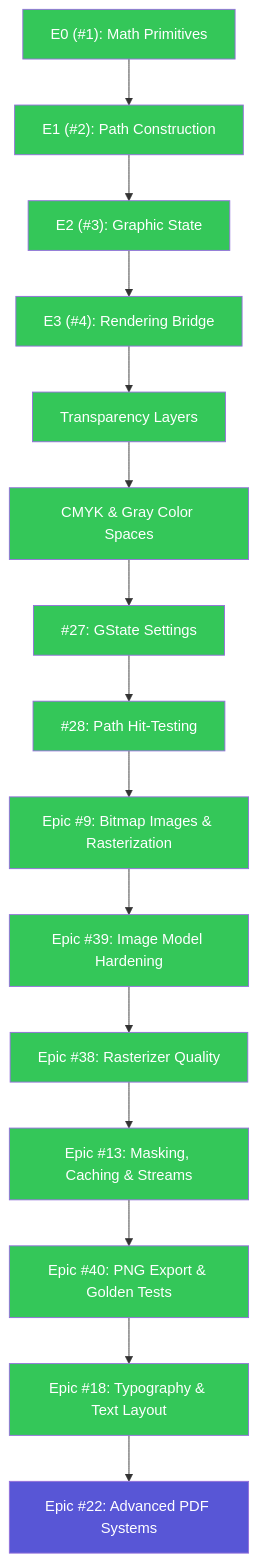
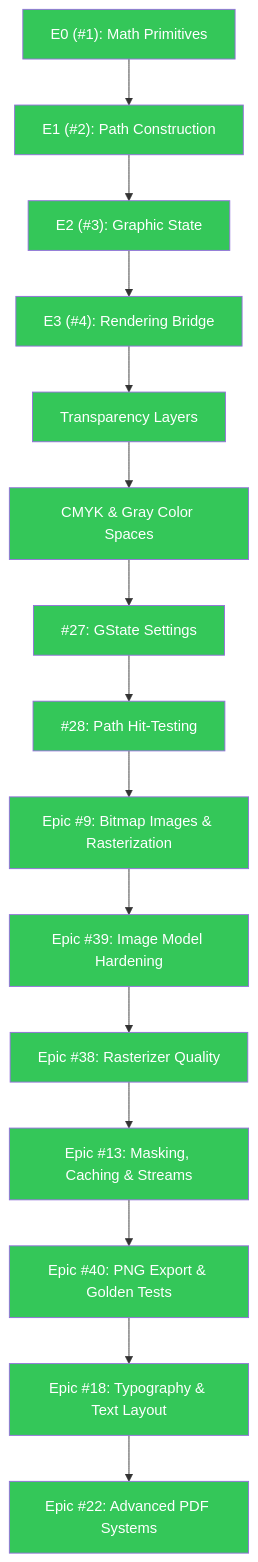
Before and after one commit to SlayerMotion/PureDraw: the first of 2 diagrams in docs/prioritized_roadmap.md, drawn with Mermaid. The commit also changed 1 other file, not shown here.

Commit message:
docs: mark the advanced PDF epic done in roadmap diagrams
Outlines, links, page boxes, the content scanner, and encryption are
shipped; only the pattern and shading features (#29, #30) remain open.

````diff
--- a/docs/prioritized_roadmap.md
+++ b/docs/prioritized_roadmap.md
@@ -10,25 +10,25 @@
 ```mermaid
 flowchart TB
     classDef done    fill:#34C759,color:#FFFFFF
     classDef active  fill:#007AFF,color:#FFFFFF
     classDef review  fill:#30B0C7,color:#FFFFFF
     classDef next    fill:#5856D6,color:#FFFFFF
     classDef partial fill:#FF9500,color:#FFFFFF
     classDef todo    fill:#8E8E93,color:#FFFFFF
 
-    E0["E0 (#1): Math Primitives"]:::done --> E1["E1 (#2): Path Construction"]:::done --> E2["E2 (#3): Graphic State"]:::done --> E3["E3 (#4): Rendering Bridge"]:::done --> TL["Transparency Layers"]:::done --> CS["CMYK & Gray Color Spaces"]:::done --> P1_1["#27: GState Settings"]:::done --> P1_2["#28: Path Hit-Testing"]:::done --> Epic9["Epic #9: Bitmap Images & Rasterization"]:::done --> Epic39["Epic #39: Image Model Hardening"]:::done --> Epic38["Epic #38: Rasterizer Quality"]:::done --> Epic13["Epic #13: Masking, Caching & Streams"]:::done --> Epic40["Epic #40: PNG Export & Golden Tests"]:::done --> Epic18["Epic #18: Typography & Text Layout"]:::done --> Epic22["Epic #22: Advanced PDF Systems"]:::next
+    E0["E0 (#1): Math Primitives"]:::done --> E1["E1 (#2): Path Construction"]:::done --> E2["E2 (#3): Graphic State"]:::done --> E3["E3 (#4): Rendering Bridge"]:::done --> TL["Transparency Layers"]:::done --> CS["CMYK & Gray Color Spaces"]:::done --> P1_1["#27: GState Settings"]:::done --> P1_2["#28: Path Hit-Testing"]:::done --> Epic9["Epic #9: Bitmap Images & Rasterization"]:::done --> Epic39["Epic #39: Image Model Hardening"]:::done --> Epic38["Epic #38: Rasterizer Quality"]:::done --> Epic13["Epic #13: Masking, Caching & Streams"]:::done --> Epic40["Epic #40: PNG Export & Golden Tests"]:::done --> Epic18["Epic #18: Typography & Text Layout"]:::done --> Epic22["Epic #22: Advanced PDF Systems"]:::done
 
     click E0 href "https://github.com/mihaelamj/PureDraw/issues/1" "E0"
     click E1 href "https://github.com/mihaelamj/PureDraw/issues/2" "E1"
     click E2 href "https://github.com/mihaelamj/PureDraw/issues/3" "E2"
     click E3 href "https://github.com/mihaelamj/PureDraw/issues/4" "E3"
     click P1_1 href "https://github.com/mihaelamj/PureDraw/issues/27" "Issue #27"
     click P1_2 href "https://github.com/mihaelamj/PureDraw/issues/28" "Issue #28"
     click Epic9 href "https://github.com/mihaelamj/PureDraw/issues/9" "Epic #9"
     click Epic39 href "https://github.com/mihaelamj/PureDraw/issues/39" "Epic #39"
     click Epic38 href "https://github.com/mihaelamj/PureDraw/issues/38" "Epic #38"
     click Epic13 href "https://github.com/mihaelamj/PureDraw/issues/13" "Epic #13"
     click Epic40 href "https://github.com/mihaelamj/PureDraw/issues/40" "Epic #40"
     click Epic18 href "https://github.com/mihaelamj/PureDraw/issues/18" "Epic #18"
     click Epic22 href "https://github.com/mihaelamj/PureDraw/issues/22" "Epic #22"
 ```
````
